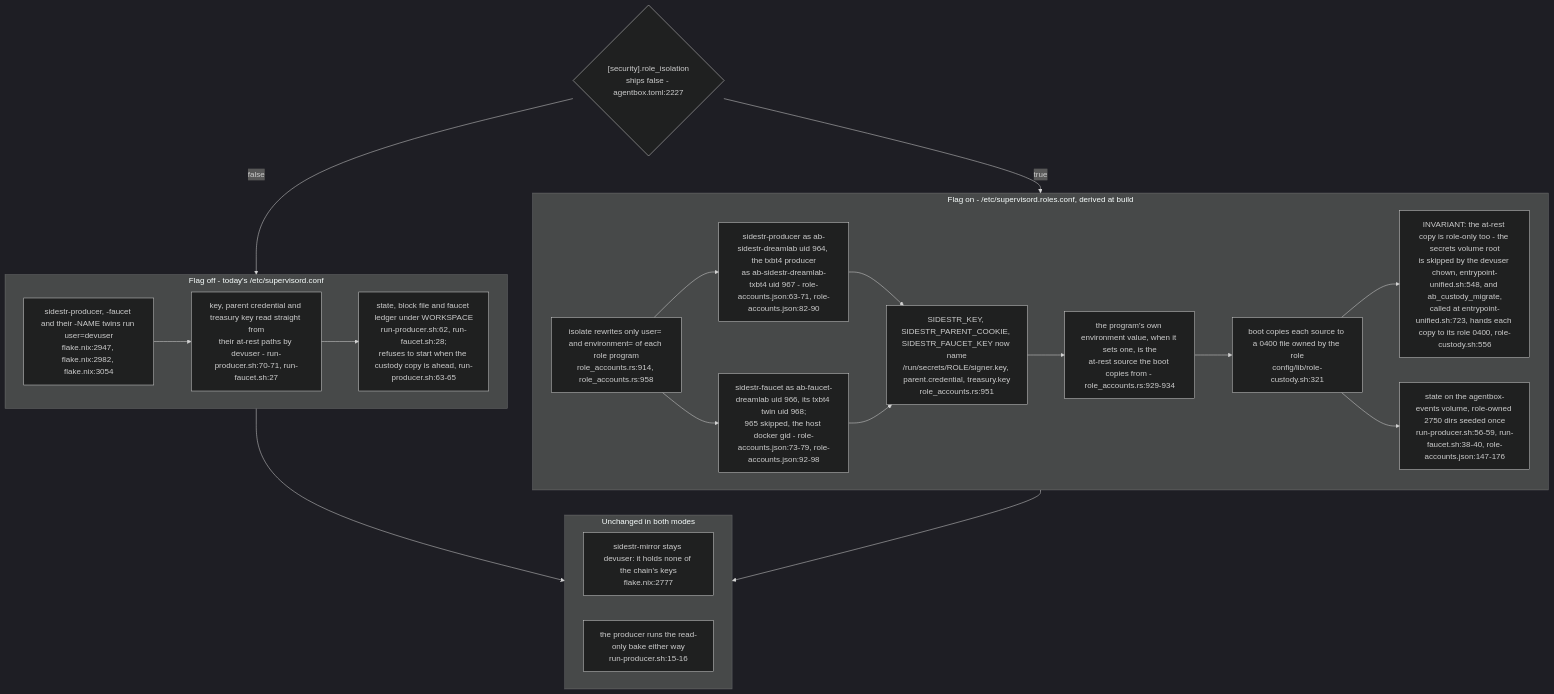
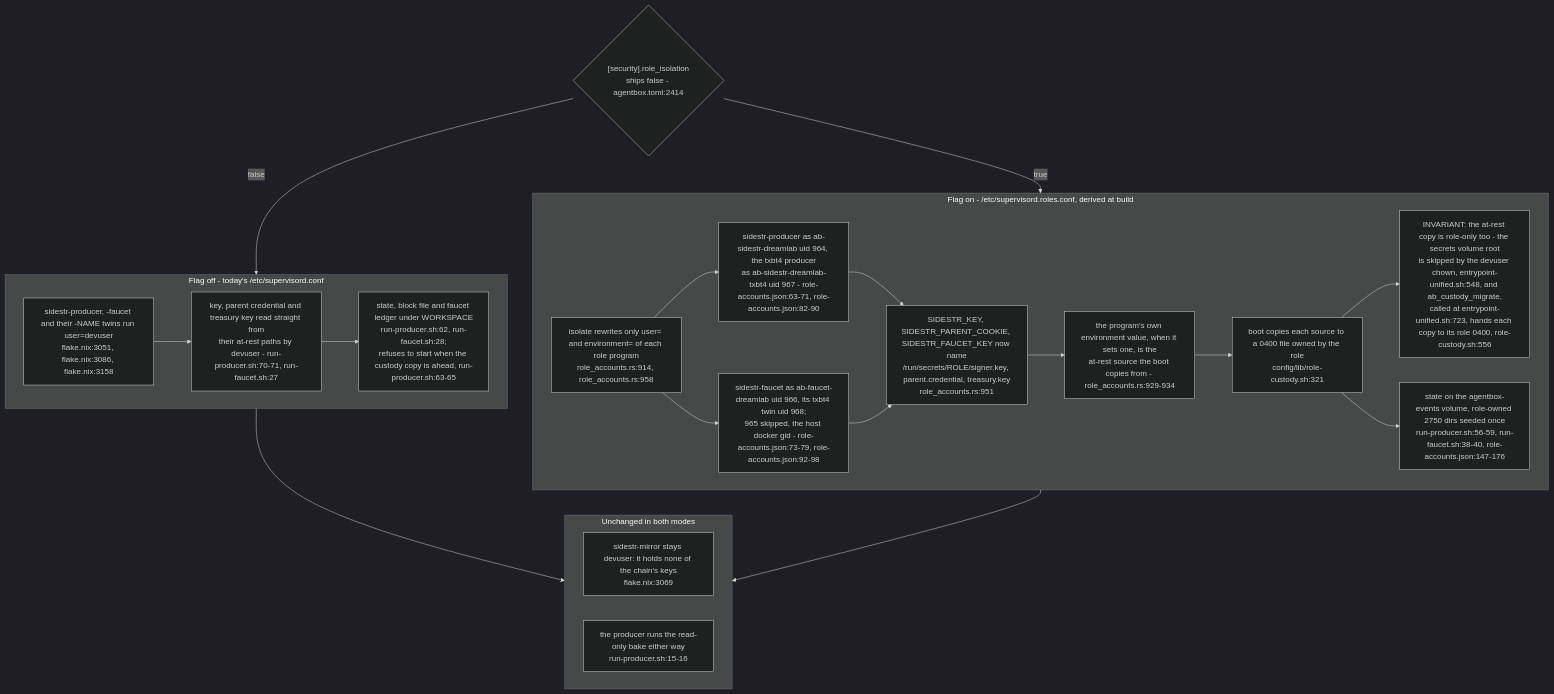
Before and after one commit to DreamLab-AI/VisionFlow: the sixth of 6 diagrams in docs/diagrams/agentbox/34-sidestr-interim-producer-and-mirror.md, drawn with Mermaid (dark theme). The commit also changed other lines of this file and 80 other files, not shown here.

First line of the commit message:
docs(diagrams): re-verify the agentbox, dreamlab, estate and visionflow corpus against current sources

````diff
--- a/docs/diagrams/agentbox/34-sidestr-interim-producer-and-mirror.md
+++ b/docs/diagrams/agentbox/34-sidestr-interim-producer-and-mirror.md
@@ -247,33 +249,33 @@
 ```mermaid
 flowchart TB
-    FLAG{"[security].role_isolation<br/>ships false - agentbox.toml:2227"}
+    FLAG{"[security].role_isolation<br/>ships false - agentbox.toml:2414"}
     subgraph off["Flag off - today's /etc/supervisord.conf"]
-        O1["sidestr-producer, -faucet and their -NAME twins run user=devuser<br/>flake.nix:2947, flake.nix:2982, flake.nix:3054"]
+        O1["sidestr-producer, -faucet and their -NAME twins run user=devuser<br/>flake.nix:3051, flake.nix:3086, flake.nix:3158"]
         O2["key, parent credential and treasury key read straight from<br/>their at-rest paths by devuser - run-producer.sh:70-71, run-faucet.sh:27"]
         O3["state, block file and faucet ledger under WORKSPACE<br/>run-producer.sh:62, run-faucet.sh:28;<br/>refuses to start when the custody copy is ahead, run-producer.sh:63-65"]
         O1 --> O2 --> O3
     end
     subgraph on["Flag on - /etc/supervisord.roles.conf, derived at build"]
         R1["isolate rewrites only user= and environment= of each role program<br/>role_accounts.rs:914, role_accounts.rs:958"]
         R2["sidestr-producer as ab-sidestr-dreamlab uid 964, the txbt4 producer<br/>as ab-sidestr-dreamlab-txbt4 uid 967 - role-accounts.json:63-71, role-accounts.json:82-90"]
         R3["sidestr-faucet as ab-faucet-dreamlab uid 966, its txbt4 twin uid 968;<br/>965 skipped, the host docker gid - role-accounts.json:73-79, role-accounts.json:92-98"]
         R4["SIDESTR_KEY, SIDESTR_PARENT_COOKIE, SIDESTR_FAUCET_KEY now name<br/>/run/secrets/ROLE/signer.key, parent.credential, treasury.key<br/>role_accounts.rs:951"]
         R5["the program's own environment value, when it sets one, is the<br/>at-rest source the boot copies from - role_accounts.rs:929-934"]
         R6["boot copies each source to a 0400 file owned by the role<br/>config/lib/role-custody.sh:321"]
         R7["INVARIANT: the at-rest copy is role-only too - the secrets volume root<br/>is skipped by the devuser chown, entrypoint-unified.sh:548, and ab_custody_migrate,<br/>called at entrypoint-unified.sh:723, hands each copy to its role 0400, role-custody.sh:556"]
         R8["state on the agentbox-events volume, role-owned 2750 dirs seeded once<br/>run-producer.sh:56-59, run-faucet.sh:38-40, role-accounts.json:147-176"]
         R6 --> R7
         R6 --> R8
         R1 --> R2 --> R4
         R1 --> R3 --> R4
         R4 --> R5 --> R6
     end
     subgraph same["Unchanged in both modes"]
-        U1["sidestr-mirror stays devuser: it holds none of the chain's keys<br/>flake.nix:2777"]
+        U1["sidestr-mirror stays devuser: it holds none of the chain's keys<br/>flake.nix:3069"]
         U2["the producer runs the read-only bake either way<br/>run-producer.sh:15-16"]
     end
     FLAG -->|false| off
     FLAG -->|true| on
     off --> same
     on --> same
 ```
````
